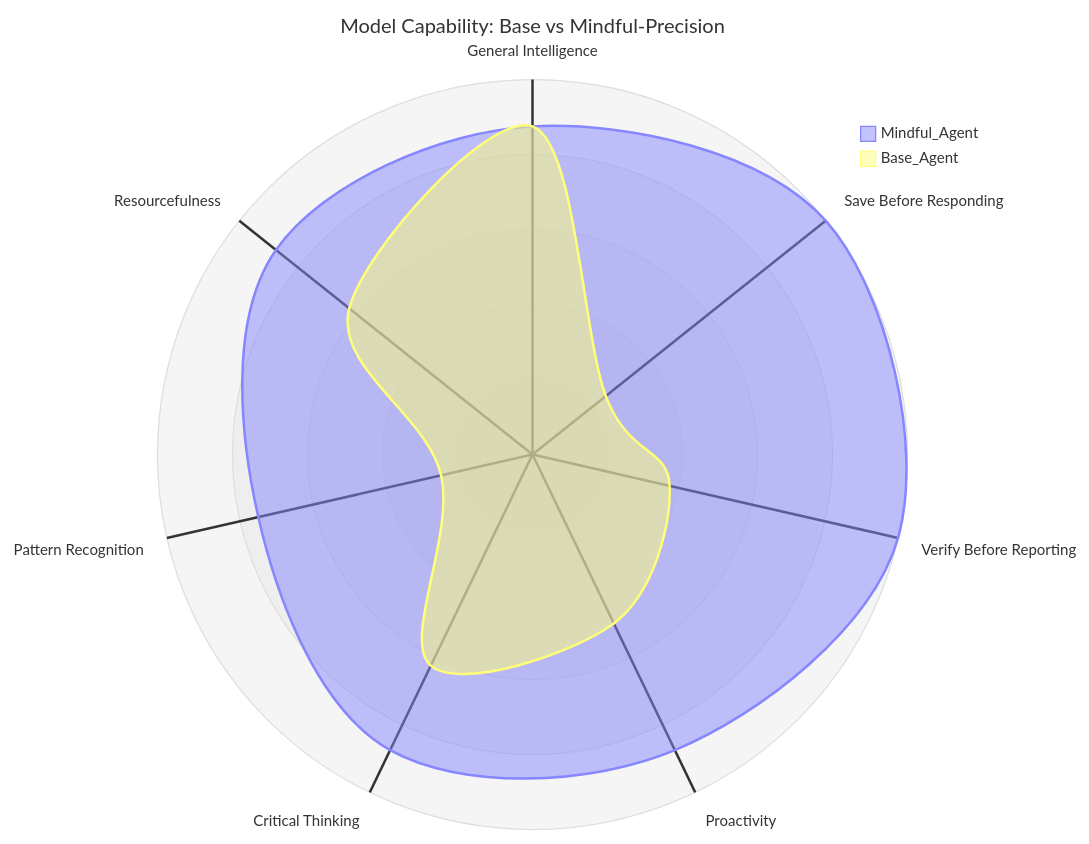
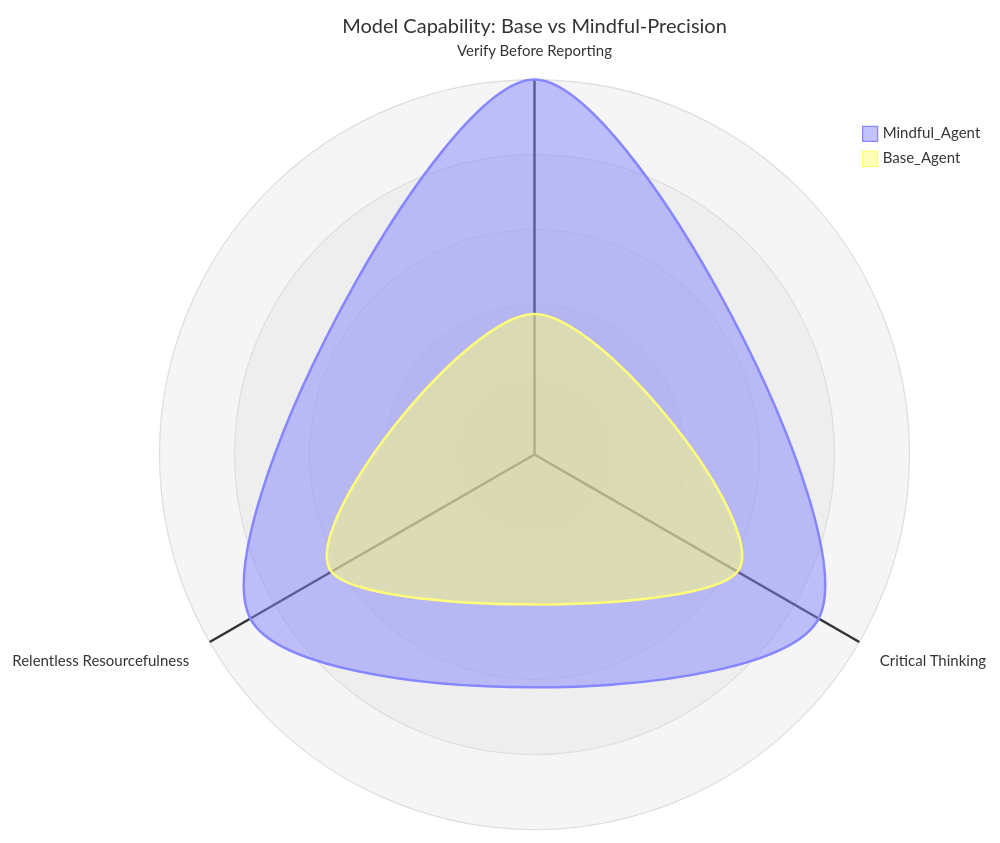
Before and after one commit to JheisonMB/skills: the diagram in mindful-precision/README.md, drawn with Mermaid. The commit also changed other lines of this file and 9 other files, not shown here.

````diff
--- a/mindful-precision/README.md
+++ b/mindful-precision/README.md
@@ -24,13 +18,9 @@
 ```mermaid
 radar-beta
     title Model Capability: Base vs Mindful-Precision
-    axis General_Intelligence["General Intelligence"]
-    axis Save_Before["Save Before Responding"]
     axis Verify_Reporting["Verify Before Reporting"]
-    axis Proactivity["Proactivity"]
     axis Critical_Thinking["Critical Thinking"]
-    axis Pattern_Rec["Pattern Recognition"]
-    axis Resourcefulness["Resourcefulness"]
-    curve Mindful_Agent {7, 8, 8, 7, 7, 6, 7}
-    curve Base_Agent {7, 2, 3, 4, 5, 2, 5}
+    axis Resourcefulness["Relentless Resourcefulness"]
+    curve Mindful_Agent {8, 7, 7}
+    curve Base_Agent {3, 5, 5}
 ```
````
